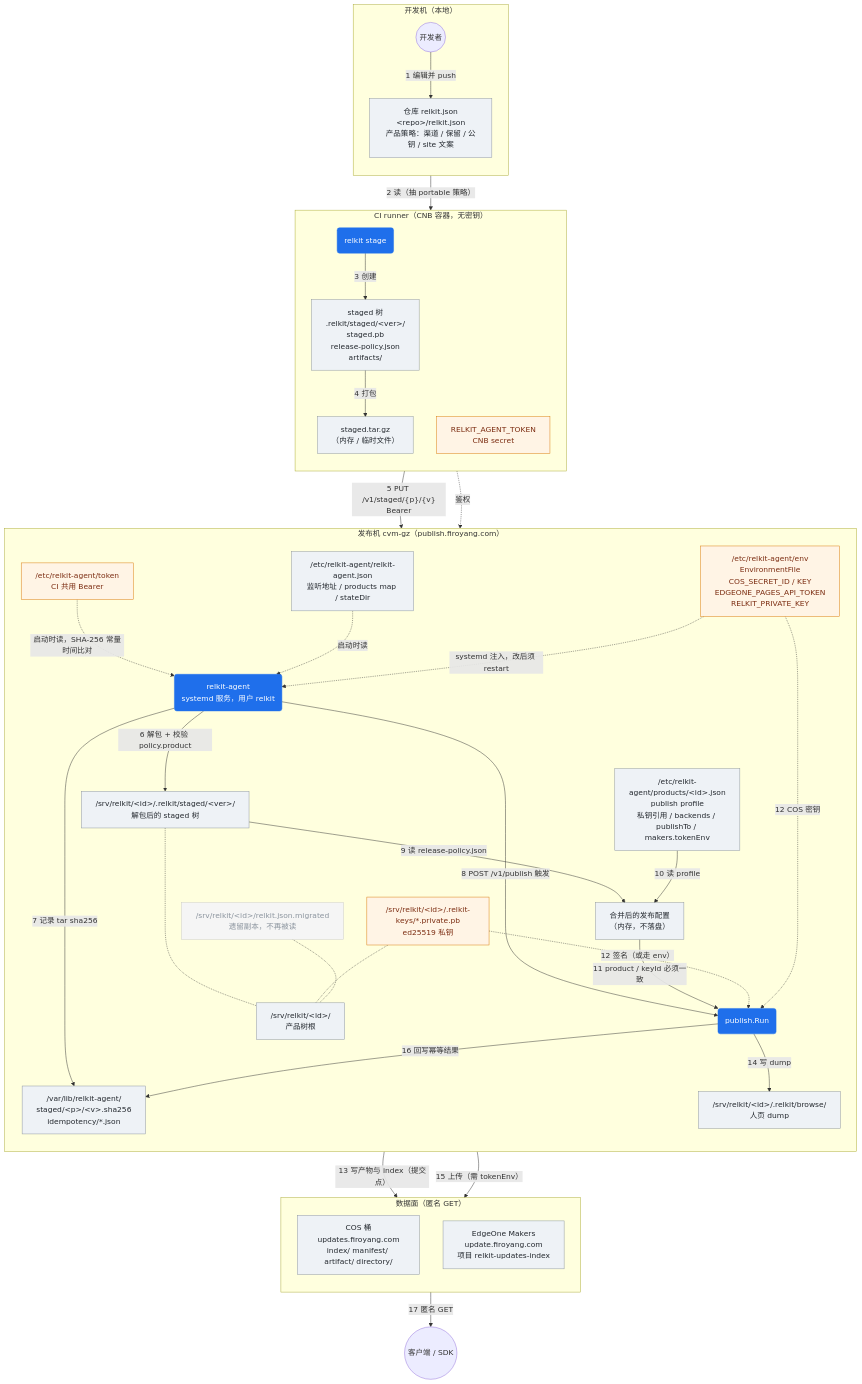
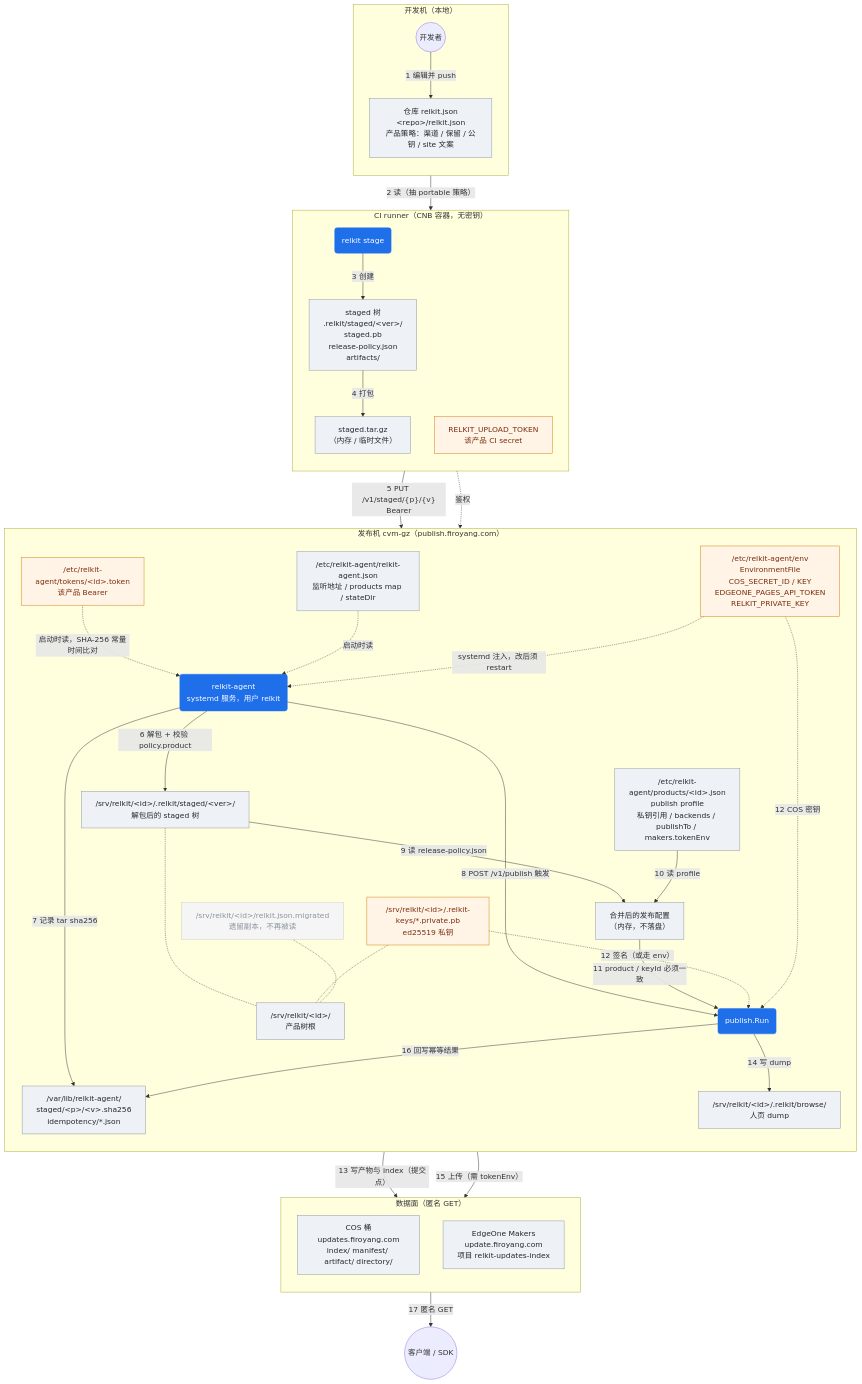
One commit to shichao402/relkit changed the first of 2 diagrams in docs/_pending/2026-09-01-publish-config-lessons.md. Above: the diagram before and after it, drawn with Mermaid. The commit also changed other lines of this file and 12 other files, not shown here.

Commit message:
fix(agent): require per-product upload tokens

````diff
--- a/docs/_pending/2026-09-01-publish-config-lessons.md
+++ b/docs/_pending/2026-09-01-publish-config-lessons.md
@@ -15,76 +15,76 @@
 ```mermaid
 flowchart TB
     subgraph DEV["开发机（本地）"]
         direction TB
         devEdit(("开发者"))
         repoCfg["仓库 relkit.json<br/>&lt;repo&gt;/relkit.json<br/>产品策略：渠道 / 保留 / 公钥 / site 文案"]
         devEdit -- "1 编辑并 push" --> repoCfg
     end
 
     subgraph CI["CI runner（CNB 容器，无密钥）"]
         direction TB
         stageProc("relkit stage")
         stagedTree["staged 树<br/>.relkit/staged/&lt;ver&gt;/<br/>staged.pb<br/>release-policy.json<br/>artifacts/"]
         tarball["staged.tar.gz<br/>（内存 / 临时文件）"]
-        ciToken["RELKIT_AGENT_TOKEN<br/>CNB secret"]
+        ciToken["RELKIT_UPLOAD_TOKEN<br/>该产品 CI secret"]
         stageProc -- "3 创建" --> stagedTree
         stagedTree -- "4 打包" --> tarball
     end
 
     subgraph PUB["发布机 cvm-gz（publish.firoyang.com）"]
         direction TB
         agent("relkit-agent<br/>systemd 服务，用户 relkit")
         agentCfg["/etc/relkit-agent/relkit-agent.json<br/>监听地址 / products map / stateDir"]
-        agentToken["/etc/relkit-agent/token<br/>CI 共用 Bearer"]
+        agentToken["/etc/relkit-agent/tokens/&lt;id&gt;.token<br/>该产品 Bearer"]
         agentEnv["/etc/relkit-agent/env<br/>EnvironmentFile<br/>COS_SECRET_ID / KEY<br/>EDGEONE_PAGES_API_TOKEN<br/>RELKIT_PRIVATE_KEY"]
         profile["/etc/relkit-agent/products/&lt;id&gt;.json<br/>publish profile<br/>私钥引用 / backends / publishTo / makers.tokenEnv"]
         prodRoot["/srv/relkit/&lt;id&gt;/<br/>产品树根"]
         privKey["/srv/relkit/&lt;id&gt;/.relkit-keys/*.private.pb<br/>ed25519 私钥"]
         landed["/srv/relkit/&lt;id&gt;/.relkit/staged/&lt;ver&gt;/<br/>解包后的 staged 树"]
         state["/var/lib/relkit-agent/<br/>staged/&lt;p&gt;/&lt;v&gt;.sha256<br/>idempotency/*.json"]
         stale["/srv/relkit/&lt;id&gt;/relkit.json.migrated<br/>遗留副本，不再被读"]
         merged["合并后的发布配置<br/>（内存，不落盘）"]
         publishRun("publish.Run")
         browseDump["/srv/relkit/&lt;id&gt;/.relkit/browse/<br/>人页 dump"]
     end
 
     subgraph DATA["数据面（匿名 GET）"]
         direction TB
         cos["COS 桶<br/>updates.firoyang.com<br/>index/ manifest/ artifact/ directory/"]
         makers["EdgeOne Makers<br/>update.firoyang.com<br/>项目 relkit-updates-index"]
     end
 
     client(("客户端 / SDK"))
 
     repoCfg -- "2 读（抽 portable 策略）" --> stageProc
     tarball -- "5 PUT /v1/staged/{p}/{v}<br/>Bearer" --> agent
     ciToken -. "鉴权" .-> agent
     agentToken -. "启动时读，SHA-256 常量时间比对" .-> agent
     agentCfg -. "启动时读" .-> agent
     agentEnv -. "systemd 注入，改后须 restart" .-> agent
     agent -- "6 解包 + 校验 policy.product" --> landed
     agent -- "7 记录 tar sha256" --> state
     agent -- "8 POST /v1/publish 触发" --> publishRun
     landed -- "9 读 release-policy.json" --> merged
     profile -- "10 读 profile" --> merged
     merged -- "11 product / keyId 必须一致" --> publishRun
     privKey -. "12 签名（或走 env）" .-> publishRun
     agentEnv -. "12 COS 密钥" .-> publishRun
     publishRun -- "13 写产物与 index（提交点）" --> cos
     publishRun -- "14 写 dump" --> browseDump
     browseDump -- "15 上传（需 tokenEnv）" --> makers
     publishRun -- "16 回写幂等结果" --> state
     cos -- "17 匿名 GET" --> client
     landed -.- prodRoot
     privKey -.- prodRoot
     stale -.- prodRoot
 
     classDef proc fill:#1f6feb,stroke:#1f6feb,color:#fff
     classDef data fill:#eef2f6,stroke:#8b949e,color:#24292f
     classDef secret fill:#fff4e5,stroke:#d97706,color:#7c2d12
     classDef dead fill:#f5f5f5,stroke:#c9c9c9,color:#8b949e
     class stageProc,agent,publishRun proc
     class repoCfg,stagedTree,tarball,agentCfg,profile,prodRoot,landed,state,merged,browseDump,cos,makers data
     class ciToken,agentToken,agentEnv,privKey secret
     class stale dead
 ```
````
